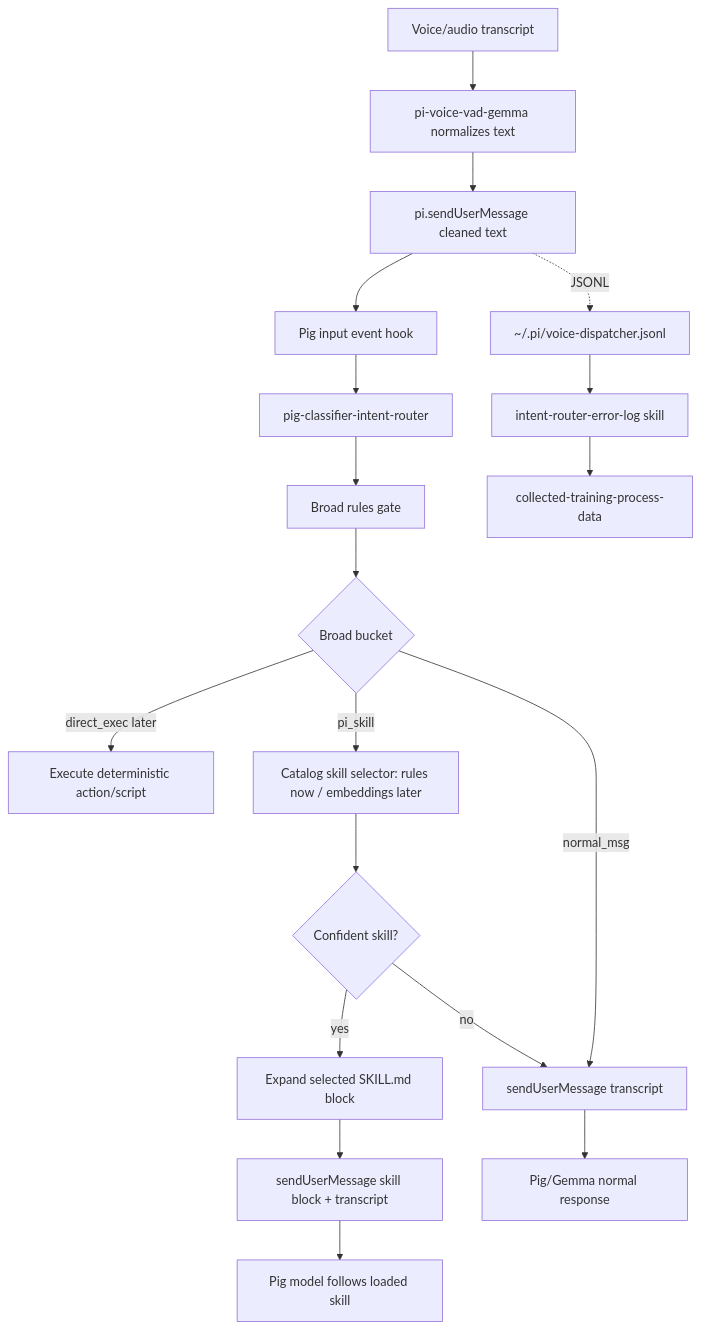
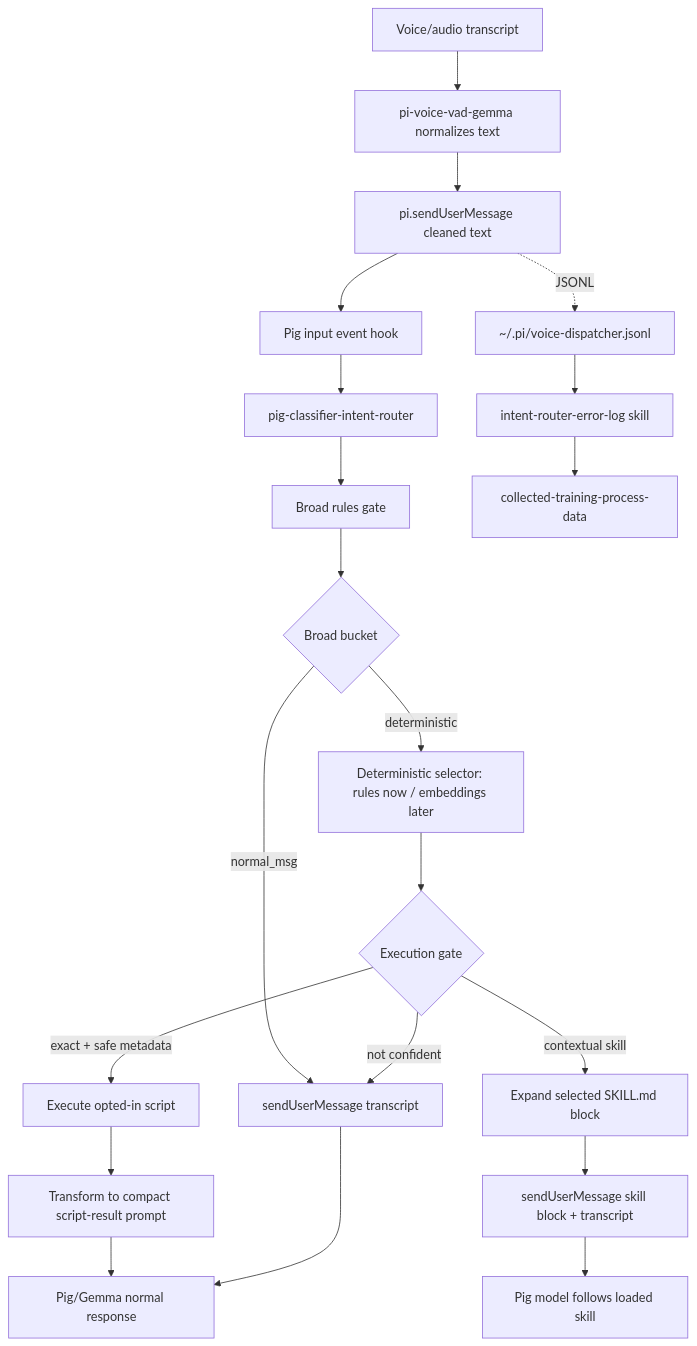
One commit to ptkmegacorp/pig-classifier-intent-router changed the diagram in docs/flow.md. Above: the diagram before and after it, drawn with Mermaid. The commit also changed 3 other files, not shown here.

Commit message:
Add metadata gated direct execution path

````diff
--- a/docs/flow.md
+++ b/docs/flow.md
@@ -3,21 +3,23 @@
 ```mermaid
 flowchart TD
     A[Voice/audio transcript] --> B[pi-voice-vad-gemma normalizes text]
     B --> C[pi.sendUserMessage cleaned text]
     C --> D0[Pig input event hook]
     D0 --> D[pig-classifier-intent-router]
     D --> E0[Broad rules gate]
     E0 --> E1{Broad bucket}
     E1 -- normal_msg --> I[sendUserMessage transcript]
-    E1 -- direct_exec later --> J[Execute deterministic action/script]
-    E1 -- pi_skill --> E[Catalog skill selector: rules now / embeddings later]
-    E --> F{Confident skill?}
-    F -- yes --> G[Expand selected SKILL.md block]
-    F -- no --> I
+    E1 -- deterministic --> E[Deterministic selector: rules now / embeddings later]
+    E --> X{Execution gate}
+    X -- exact + safe metadata --> J[Execute opted-in script]
+    X -- contextual skill --> G[Expand selected SKILL.md block]
+    X -- not confident --> I
     G --> H[sendUserMessage skill block + transcript]
     H --> K[Pig model follows loaded skill]
+    J --> R[Transform to compact script-result prompt]
+    R --> L
     I --> L[Pig/Gemma normal response]
     C -. JSONL .-> M[~/.pi/voice-dispatcher.jsonl]
     M --> N[intent-router-error-log skill]
     N --> O[collected-training-process-data]
 ```
````
